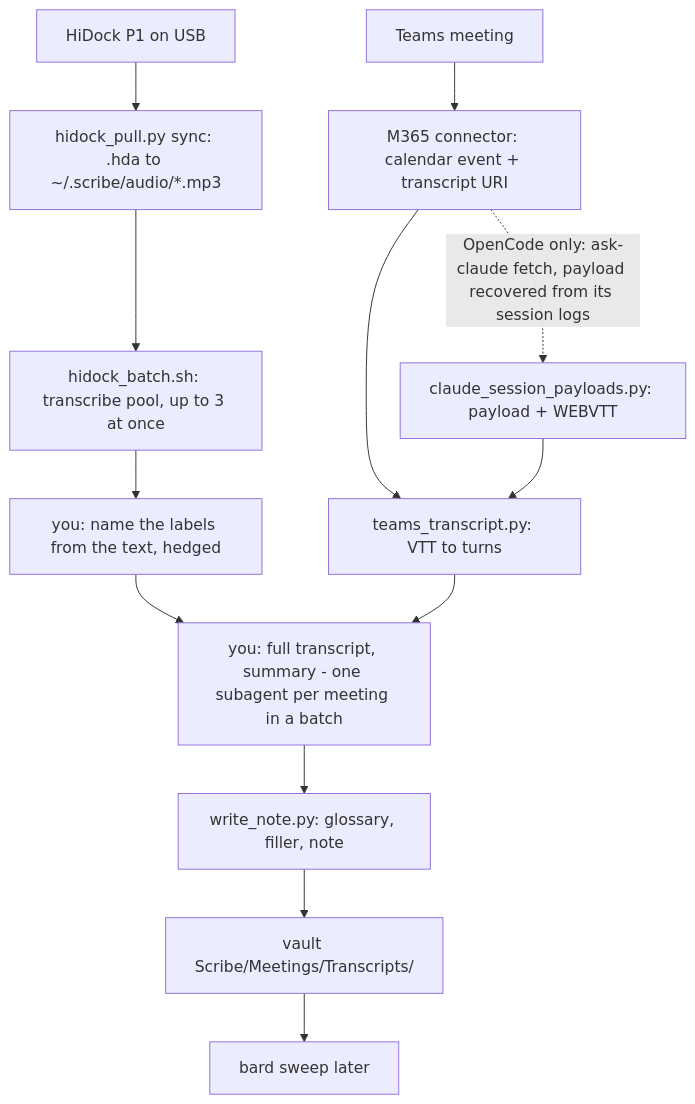
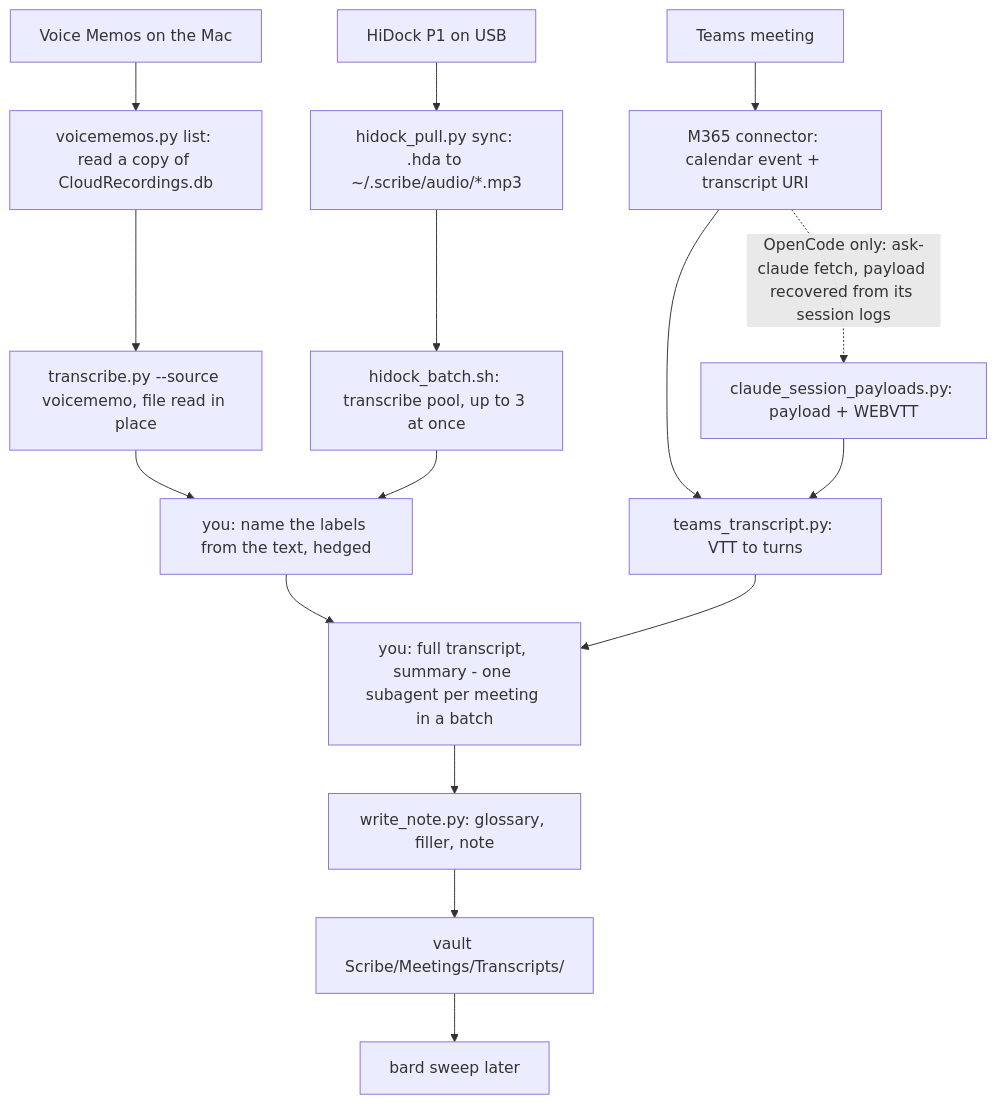
One commit to acastro2/alex-skills changed the diagram in scribe/SKILL.md. Above: the diagram before and after it, drawn with Mermaid. The commit also changed other lines of this file and 23 other files, not shown here.

First line of the commit message:
feat(scribe): add Apple Voice Memos source and an eval suite

````diff
--- a/scribe/SKILL.md
+++ b/scribe/SKILL.md
@@ -33,15 +34,18 @@
 ```mermaid
 graph TD
   T[Teams meeting] --> T2[M365 connector: calendar event + transcript URI]
   T2 --> P1[teams_transcript.py: VTT to turns]
   T2 -.OpenCode only: ask-claude fetch, payload recovered from its session logs.-> S[claude_session_payloads.py: payload + WEBVTT]
   S --> P1
   H[HiDock P1 on USB] --> H2[hidock_pull.py sync: .hda to ~/.scribe/audio/*.mp3]
   H2 --> H3[hidock_batch.sh: transcribe pool, up to 3 at once]
+  V[Voice Memos on the Mac] --> V2[voicememos.py list: read a copy of CloudRecordings.db]
+  V2 --> V3[transcribe.py --source voicememo, file read in place]
+  V3 --> H4
   H3 --> H4[you: name the labels from the text, hedged]
   H4 --> C[you: full transcript, summary - one subagent per meeting in a batch]
   P1 --> C
   C --> W[write_note.py: glossary, filler, note]
   W --> O[vault Scribe/Meetings/Transcripts/]
   O --> B[bard sweep later]
 ```
````
